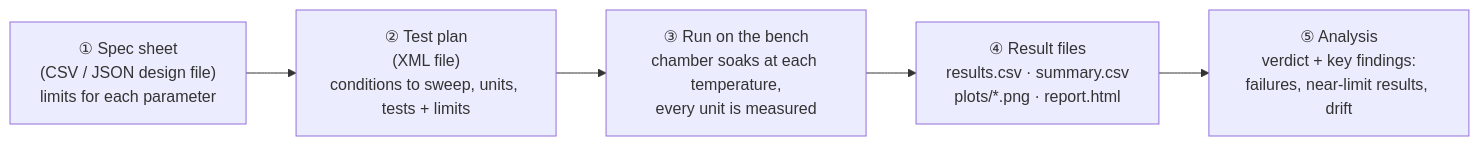
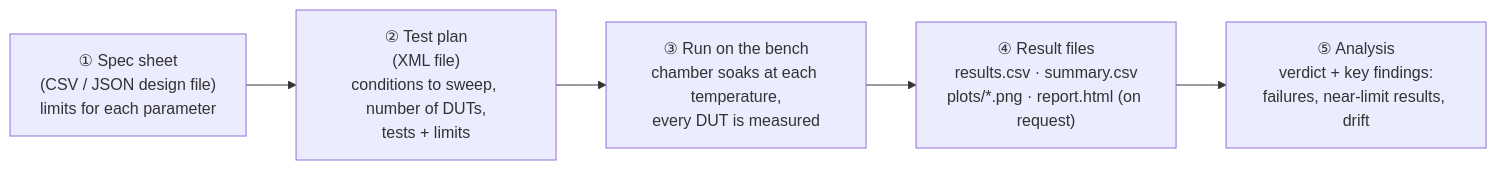
One commit to RelentlessOldMan/ChatbotAddonDemo changed the first of 6 diagrams in docs/design.md. Above: the diagram before and after it, drawn with Mermaid. The commit also changed other lines of this file and 8 other files, not shown here.

First line of the commit message:
Docs: add a glossary, use one name per concept, and fix cost, data-flow and factual details

````diff
--- a/docs/design.md
+++ b/docs/design.md
@@ -44,9 +44,9 @@
 ```mermaid
 flowchart LR
     spec["① Spec sheet<br/>(CSV / JSON design file)<br/>limits for each parameter"]
-    plan["② Test plan<br/>(XML file)<br/>conditions to sweep, units, tests + limits"]
-    run["③ Run on the bench<br/>chamber soaks at each temperature,<br/>every unit is measured"]
-    files["④ Result files<br/>results.csv · summary.csv<br/>plots/*.png · report.html"]
+    plan["② Test plan<br/>(XML file)<br/>conditions to sweep, number of DUTs,<br/>tests + limits"]
+    run["③ Run on the bench<br/>chamber soaks at each temperature,<br/>every DUT is measured"]
+    files["④ Result files<br/>results.csv · summary.csv<br/>plots/*.png · report.html (on request)"]
     analysis["⑤ Analysis<br/>verdict + key findings:<br/>failures, near-limit results, drift"]
     spec --> plan --> run --> files --> analysis
 ```
````
